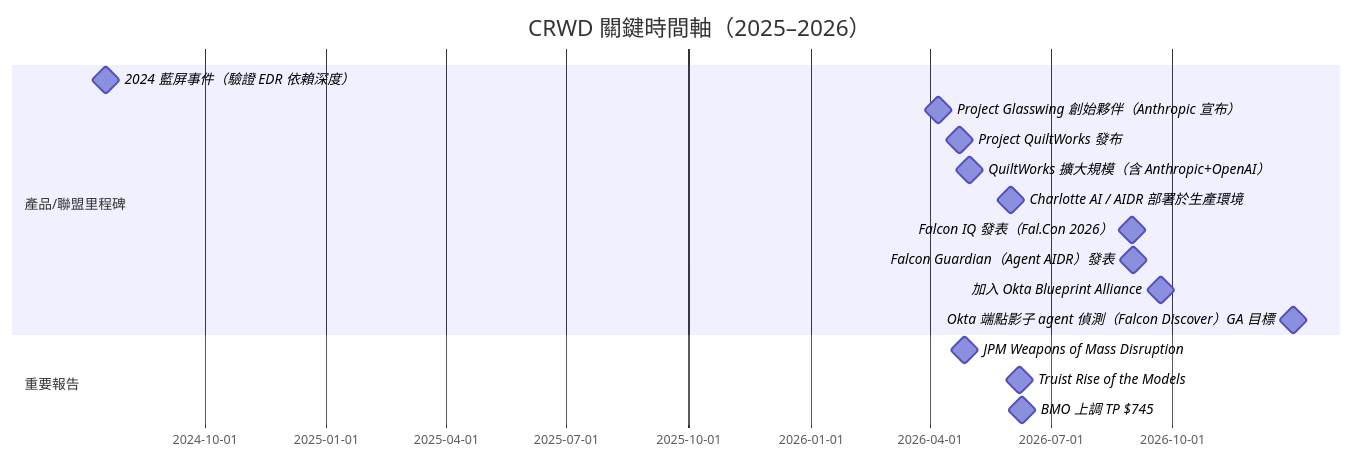
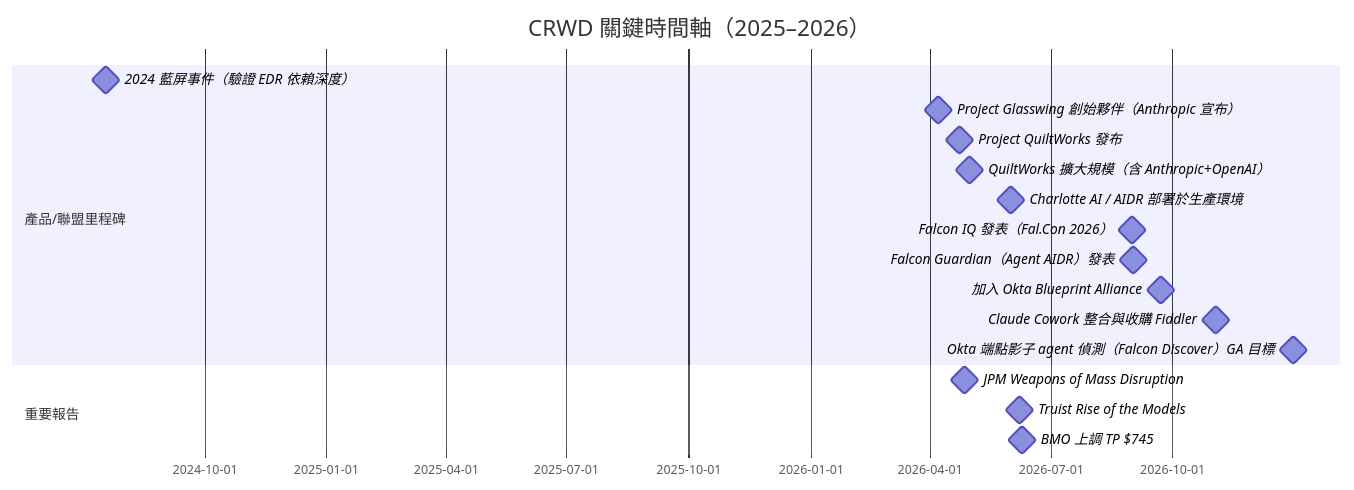
The diagram in content/lib/1.company/Overseas/CRWD.US(crowdstrike).md (kevn950324/wiki_Stockv2), drawn with Mermaid before and after one commit. The commit also changed other lines of this file and 315 other files, not shown here.

````diff
--- a/content/lib/1.company/Overseas/CRWD.US(crowdstrike).md
+++ b/content/lib/1.company/Overseas/CRWD.US(crowdstrike).md
@@ -164,19 +177,20 @@
 ```mermaid
 gantt
     title CRWD 關鍵時間軸（2025–2026）
     dateFormat YYYY-MM-DD
     section 產品/聯盟里程碑
     2024 藍屏事件（驗證 EDR 依賴深度）  :milestone, 2024-07-19, 0d
     Project Glasswing 創始夥伴（Anthropic 宣布） :milestone, 2026-04-07, 0d
     Project QuiltWorks 發布 :milestone, 2026-04-23, 0d
     QuiltWorks 擴大規模（含 Anthropic+OpenAI）  :milestone, 2026-05-01, 0d
     Charlotte AI / AIDR 部署於生產環境  :milestone, 2026-06-01, 0d
     Falcon IQ 發表（Fal.Con 2026） :milestone, 2026-08-31, 0d
     Falcon Guardian（Agent AIDR）發表 :milestone, 2026-09-01, 0d
     加入 Okta Blueprint Alliance :milestone, 2026-09-22, 0d
+    Claude Cowork 整合與收購 Fiddler :milestone, 2026-11-03, 0d
     Okta 端點影子 agent 偵測（Falcon Discover）GA 目標 :milestone, 2026-12-31, 0d
     section 重要報告
     JPM Weapons of Mass Disruption :milestone, 2026-04-27, 0d
     Truist Rise of the Models :milestone, 2026-06-08, 0d
     BMO 上調 TP $745 :milestone, 2026-06-10, 0d
 ```
````
